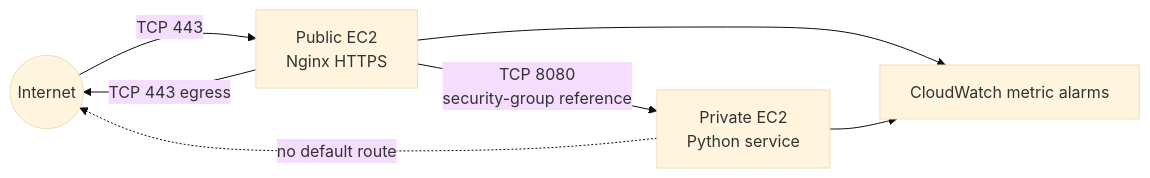
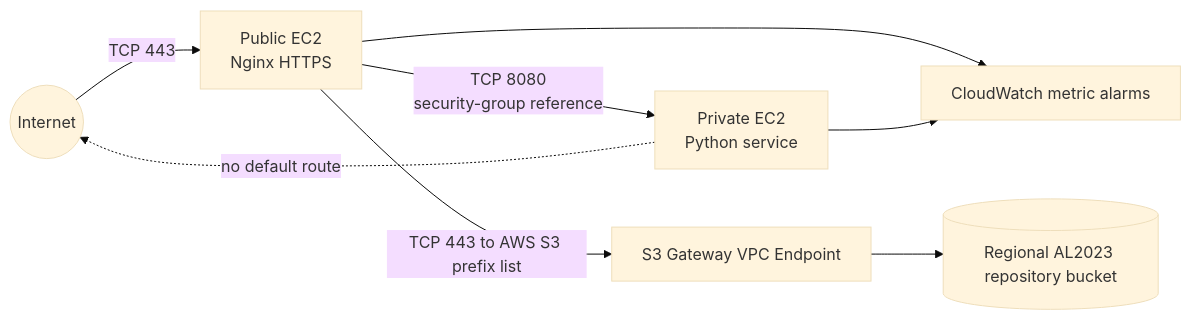
One commit to MarkoM123/AWS-Project changed the diagram in README.md. Above: the diagram before and after it, drawn with Mermaid (base theme). The commit also changed other lines of this file and 8 other files, not shown here.

Commit message:
Fix unrestricted HTTPS egress using S3 Gateway Endpoint

````diff
--- a/README.md
+++ b/README.md
@@ -23,9 +23,10 @@
 ```mermaid
 flowchart LR
     Internet((Internet)) -->|TCP 443| Web[Public EC2\nNginx HTTPS]
     Web -->|TCP 8080\nsecurity-group reference| App[Private EC2\nPython service]
-    Web -->|TCP 443 egress| Internet
+    Web -->|TCP 443 to AWS S3 prefix list| S3EP[S3 Gateway VPC Endpoint]
+    S3EP --> AL2023[(Regional AL2023 repository bucket)]
     App -. no default route .-> Internet
     Web --> CW[CloudWatch metric alarms]
     App --> CW
 ```
````
